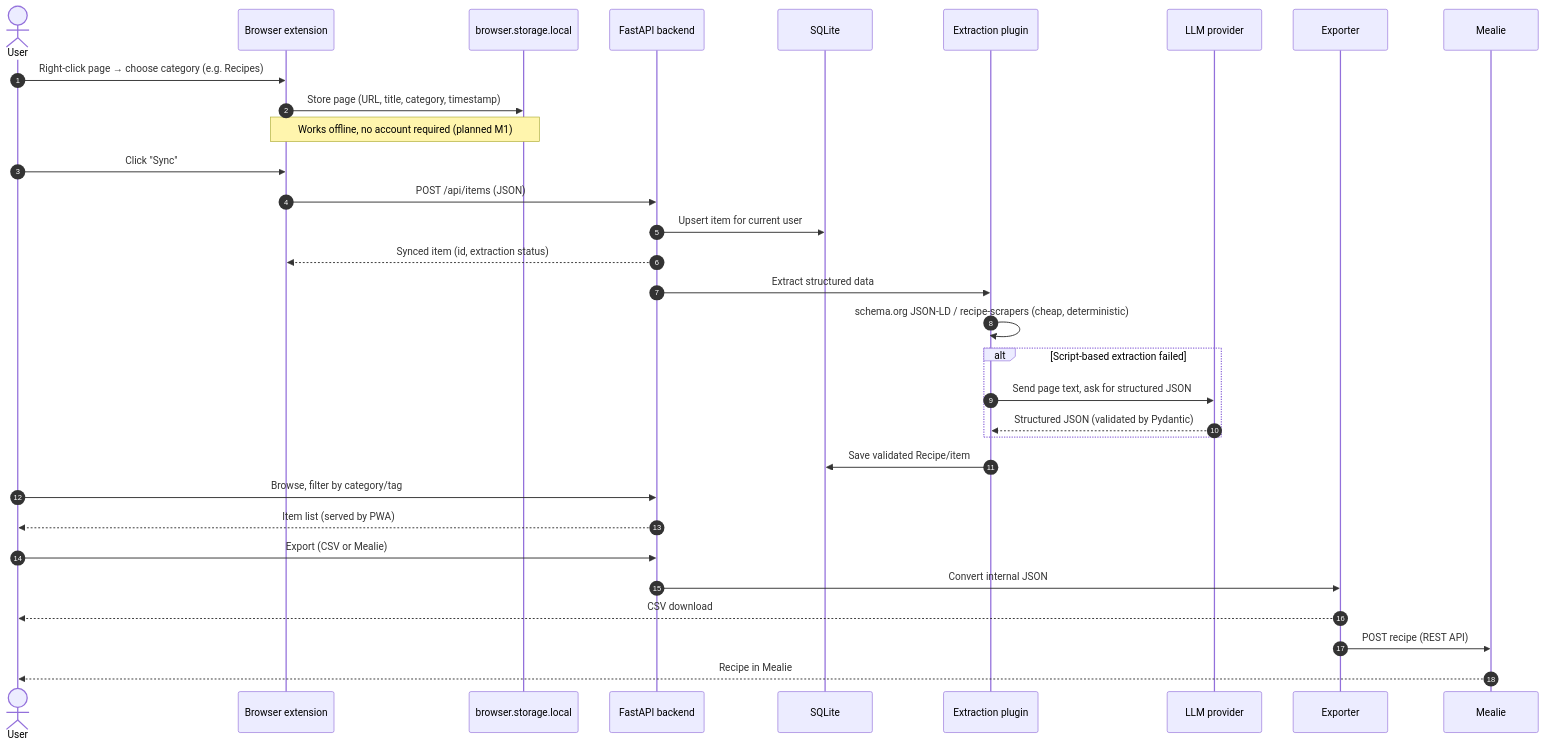
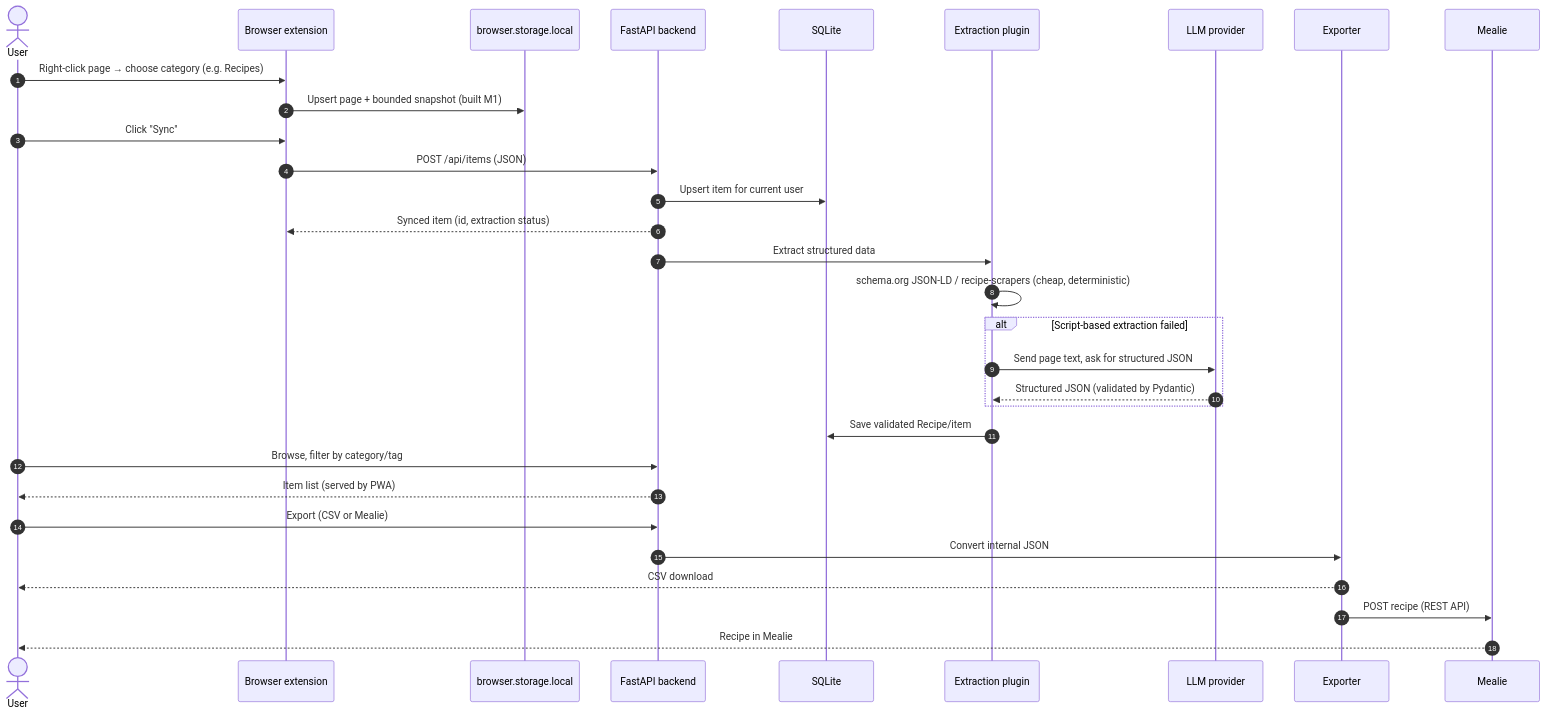
Before and after one commit to Xenoreaper/Project-Pocket: the third of 3 diagrams in docs/ARCHITECTURE.md, drawn with Mermaid. The commit also changed other lines of this file and 22 other files, not shown here.

````diff
--- a/docs/ARCHITECTURE.md
+++ b/docs/ARCHITECTURE.md
@@ -60,39 +152,38 @@
 ```mermaid
 sequenceDiagram
     autonumber
     actor User
     participant Ext as Browser extension
     participant Local as browser.storage.local
     participant API as FastAPI backend
     participant DB as SQLite
     participant Ex as Extraction plugin
     participant LLM as LLM provider
     participant Export as Exporter
     participant Mealie as Mealie
 
     User->>Ext: Right-click page → choose category (e.g. Recipes)
-    Ext->>Local: Store page (URL, title, category, timestamp)
-    Note over Ext,Local: Works offline, no account required (planned M1)
+    Ext->>Local: Upsert page + bounded snapshot (built M1)
 
     User->>Ext: Click "Sync"
     Ext->>API: POST /api/items (JSON)
     API->>DB: Upsert item for current user
     API-->>Ext: Synced item (id, extraction status)
 
     API->>Ex: Extract structured data
     Ex->>Ex: schema.org JSON-LD / recipe-scrapers (cheap, deterministic)
     alt Script-based extraction failed
         Ex->>LLM: Send page text, ask for structured JSON
         LLM-->>Ex: Structured JSON (validated by Pydantic)
     end
     Ex->>DB: Save validated Recipe/item
 
     User->>API: Browse, filter by category/tag
     API-->>User: Item list (served by PWA)
 
     User->>API: Export (CSV or Mealie)
     API->>Export: Convert internal JSON
     Export-->>User: CSV download
     Export->>Mealie: POST recipe (REST API)
     Mealie-->>User: Recipe in Mealie
 ```
````
